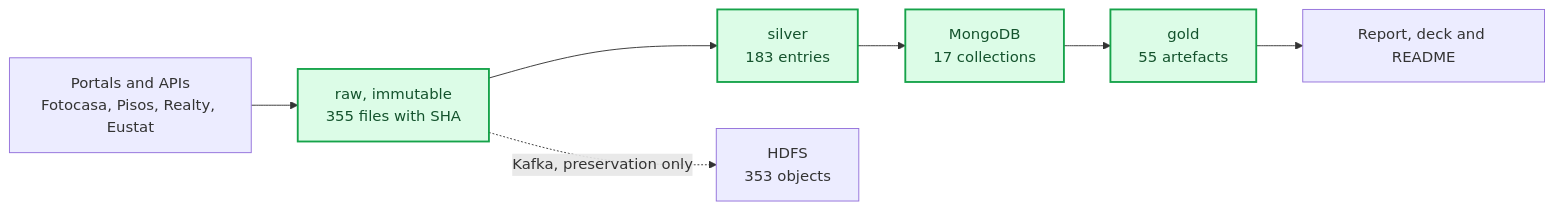
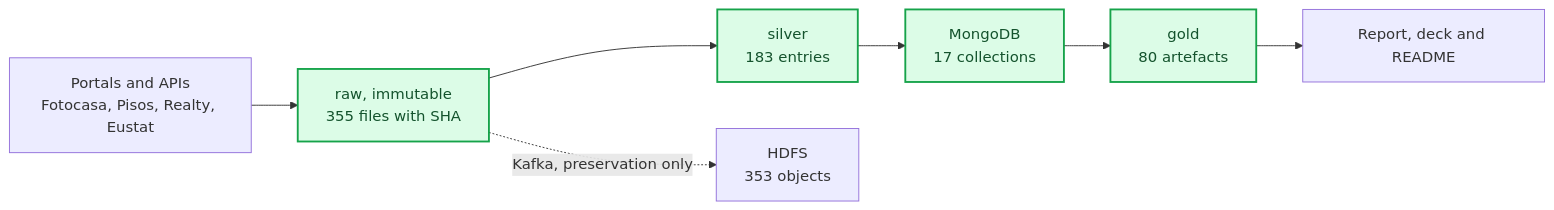
Before and after one commit to mikelrh-dev/bigdata-vivienda-euskadi: the first of 2 diagrams in README.en.md, drawn with Mermaid. The commit also changed other lines of this file and 2 other files, not shown here.

First line of the commit message:
docs(memoria): actualiza cifras de raw, silver y gold

````diff
--- a/README.en.md
+++ b/README.en.md
@@ -187,19 +187,19 @@
 ```mermaid
 flowchart LR
     accTitle: From a listing to the final figure
     accDescr: A listing enters through scraping or an API, is frozen in raw, normalised in silver, loaded into MongoDB and ends up in gold artefacts. The HDFS branch preserves the originals only.
 
     portal["Portals and APIs<br/>Fotocasa, Pisos, Realty, Eustat"]
     raw["raw, immutable<br/>355 files with SHA"]
     silver["silver<br/>183 entries"]
     mongo["MongoDB<br/>17 collections"]
-    gold["gold<br/>55 artefacts"]
+    gold["gold<br/>80 artefacts"]
     deck["Report, deck and README"]
     hdfs["HDFS<br/>353 objects"]
 
     portal --> raw --> silver --> mongo --> gold --> deck
     raw -.->|"Kafka, preservation only"| hdfs
 
     classDef capa fill:#dcfce7,stroke:#16a34a,stroke-width:2px,color:#14532d
     class raw,silver,mongo,gold capa
 ```
````
